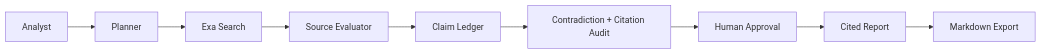
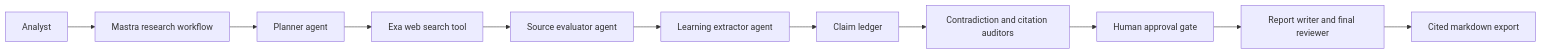
Before and after one commit to Alexi5000/FintheFinder: the diagram in docs/ABOUT.md, drawn with Mermaid. The commit also changed other lines of this file and 4 other files, not shown here.

````diff
--- a/docs/ABOUT.md
+++ b/docs/ABOUT.md
@@ -5,11 +5,13 @@
 ```mermaid
 flowchart LR
-  User["Analyst"] --> Plan["Planner"]
-  Plan --> Search["Exa Search"]
-  Search --> Eval["Source Evaluator"]
-  Eval --> Claims["Claim Ledger"]
-  Claims --> Audit["Contradiction + Citation Audit"]
-  Audit --> HITL["Human Approval"]
-  HITL --> Report["Cited Report"]
-  Report --> Export["Markdown Export"]
+  User["Analyst"] --> Workflow["Mastra research workflow"]
+  Workflow --> Planner["Planner agent"]
+  Planner --> Search["Exa web search tool"]
+  Search --> Evaluate["Source evaluator agent"]
+  Evaluate --> Extract["Learning extractor agent"]
+  Extract --> Claims["Claim ledger"]
+  Claims --> Audit["Contradiction and citation auditors"]
+  Audit --> Approval["Human approval gate"]
+  Approval --> Report["Report writer and final reviewer"]
+  Report --> Export["Cited markdown export"]
 ```
````
